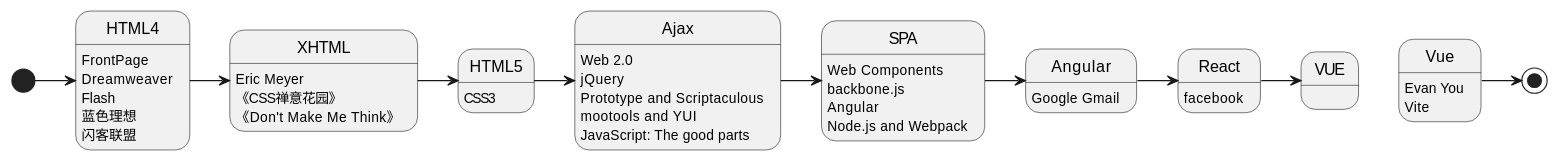
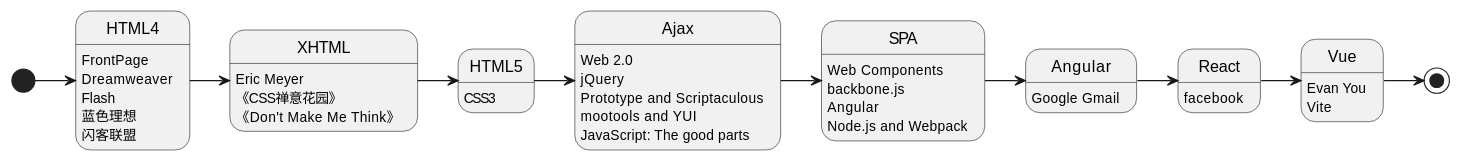
One commit to kaffa/kaffa changed the diagram in content/1.专栏/3.编程/20240320-HTML回忆录.rst. Above: the diagram before and after it, drawn with PlantUML. The commit also changed 4 other files, not shown here.

```diff
--- a/content/1.专栏/3.编程/20240320-HTML回忆录.rst
+++ b/content/1.专栏/3.编程/20240320-HTML回忆录.rst
@@ -18,37 +18,37 @@
 .. uml::
     :alt: 有关HTML的记忆
     :format: svg
     :filename: html-memoir
 
     [*] -> HTML4
     HTML4 -> XHTML
     XHTML -> HTML5
     HTML5 -> Ajax
     Ajax -> SPA
     SPA -> Angular
     Angular -> React
-    React -> VUE
+    React -> Vue
     Vue -> [*]
 
     HTML4: FrontPage
     HTML4: Dreamweaver
     HTML4: Flash
     HTML4: 蓝色理想
     HTML4: 闪客联盟
     XHTML: Eric Meyer
     XHTML: 《CSS禅意花园》
     XHTML: 《Don't Make Me Think》
     HTML5: CSS3
     Ajax: Web 2.0
     Ajax: jQuery
     Ajax: Prototype and Scriptaculous
     Ajax: mootools and YUI
     Ajax: JavaScript: The good parts
     SPA: Web Components
     SPA: backbone.js
     SPA: Angular
     SPA: Node.js and Webpack
     Angular: Google Gmail
     React: facebook
     Vue: Evan You
     Vue: Vite
```
